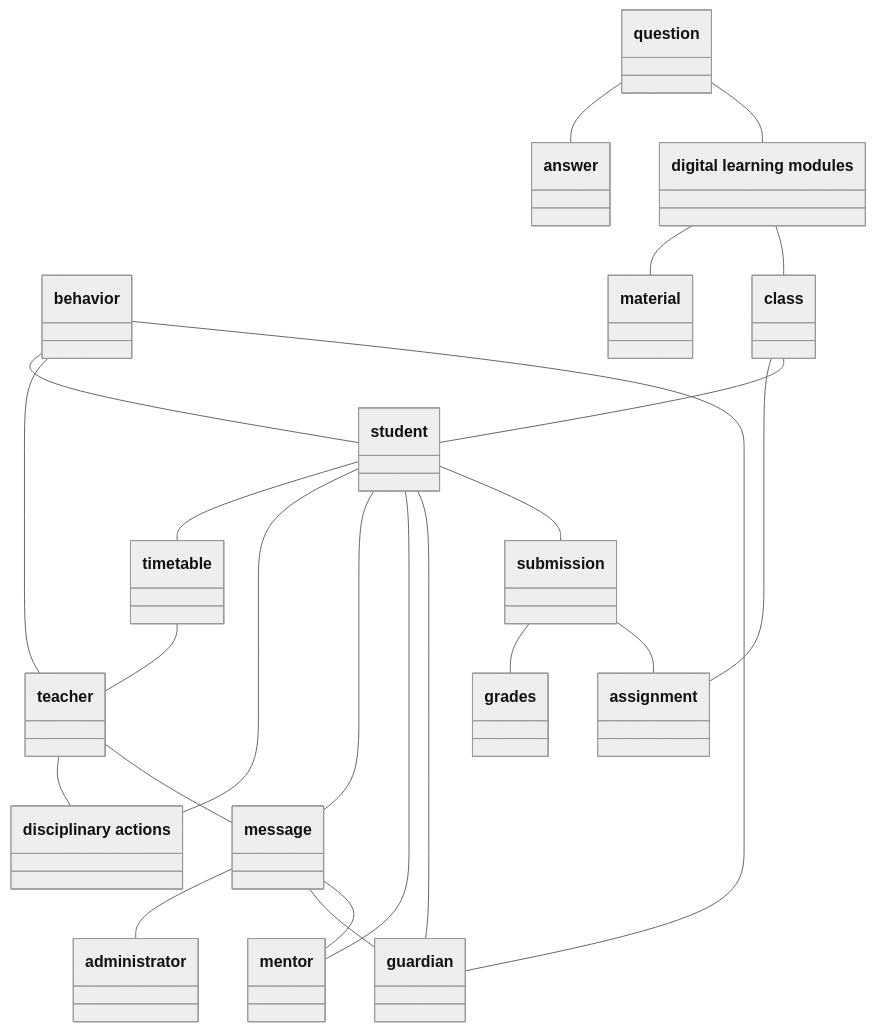
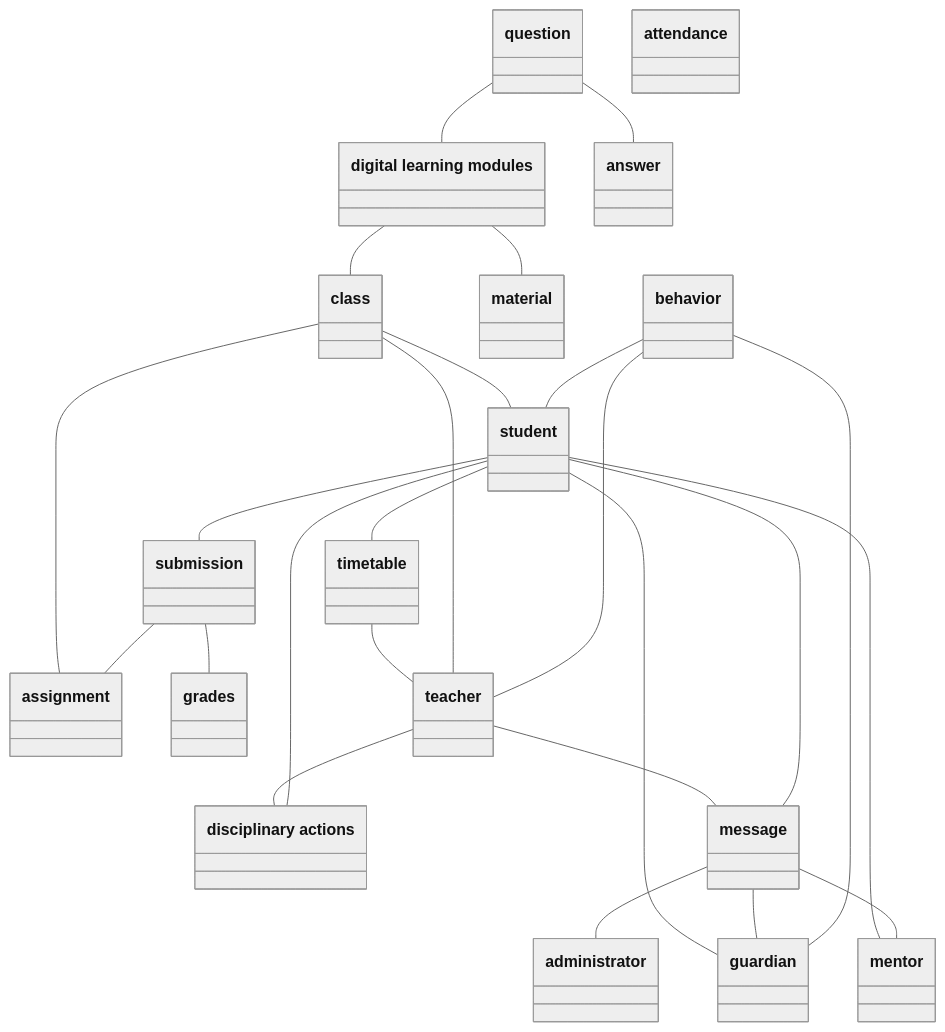
The diagram in 2_gold_standard_domain_models/school.mmd (DomDeWulf/user-story-domain-model-datasets), drawn with Mermaid (neutral theme) before and after one commit. The commit also changed 21 other files, not shown here.

Commit message:
Adapt domain models to revised gold and silver standard

```diff
--- a/2_gold_standard_domain_models/school.mmd
+++ b/2_gold_standard_domain_models/school.mmd
@@ -1,139 +1,151 @@
 classDiagram
     %% Project: School
-    %% Class labels match Gold standard - Classes.xlsx exactly, including capitalization.
-    %% Singular/plural forms are assumed equivalent; every changed endpoint is documented below.
-    %% Every association preserves one row of Gold standard - Associations.xlsx, in workbook order.
-    %% associationOnly nodes have no matching class in the Classes Excel; exclude them from class evaluation.
+    %% Source: Gold&Silver Standard.xlsx, sheets 'Class - Gold Standard' (column F) and 'Association - Gold Standard' (columns K:L).
+    %% Class labels match the revised class list exactly, including capitalization.
+    %% Class IDs and order follow the previous models; new classes are appended and removed classes leave ID gaps.
+    %% Workbook legend: red fill = removed, green fill = optional, blue text = added.
+    %% Removed classes and associations are omitted. Optional classes carry <<optional>>; optional associations use a dashed .. line.
+    %% Association endpoints are mapped to class labels; every changed endpoint is documented below.
     %% No direction, multiplicity, relationship labels, inheritance, attributes, or methods are inferred.
+    %% Non-punish group (Class Non-Punish List): material: text, video, picture
+    %% Non-punish group (Class Non-Punish List): question: open question, multiple-choice question
     class C001["submission"]
     class C002["assignment"]
     class C003["behavior"]
     class C004["disciplinary actions"]
     class C005["mentor"]
     class C006["administrator"]
     class C007["digital learning modules"]
     class C008["guardian"]
     class C009["message"]
     class C010["question"]
     class C011["answer"]
     class C012["material"]
     class C013["student"]
     class C014["grades"]
     class C015["teacher"]
     class C016["class"]
     class C017["timetable"]
+    %% Class 'Class - Gold Standard'!F19: added in the revised workbook (blue text).
+    class C018["attendance"]
 
-    %% Association (Classes Excel terms where available): question -- answer
-    %% Associations Excel (Sheet1!K3:L3): question -- answer.
-    %% Wording differences: none.
+    %% Association: question -- answer
+    %% Workbook ('Association - Gold Standard'!K3): question -- answer.
+    %% Mapping: none.
     C010 -- C011
 
-    %% Association (Classes Excel terms where available): question -- digital learning modules
-    %% Associations Excel (Sheet1!K4:L4): question -- digital learning modules.
-    %% Wording differences: none.
+    %% Association: question -- digital learning modules
+    %% Workbook ('Association - Gold Standard'!K4): question -- digital learning modules.
+    %% Mapping: none.
     C010 -- C007
 
-    %% Association (Classes Excel terms where available): digital learning modules -- material
-    %% Associations Excel (Sheet1!K5:L5): digital learning modules -- material.
-    %% Wording differences: none.
+    %% Association: digital learning modules -- material
+    %% Workbook ('Association - Gold Standard'!K5): digital learning modules -- material.
+    %% Mapping: none.
     C007 -- C012
 
-    %% Association (Classes Excel terms where available): digital learning modules -- class
-    %% Associations Excel (Sheet1!K6:L6): digital learning modules -- class.
-    %% Wording differences: none.
+    %% Association: digital learning modules -- class
+    %% Workbook ('Association - Gold Standard'!K6): digital learning modules -- class.
+    %% Mapping: none.
     C007 -- C016
 
-    %% Association (Classes Excel terms where available): class -- assignment
-    %% Associations Excel (Sheet1!K7:L7): class -- assignment.
-    %% Wording differences: none.
+    %% Association: class -- assignment
+    %% Workbook ('Association - Gold Standard'!K7): class -- assignment.
+    %% Mapping: none.
     C016 -- C002
 
-    %% Association (Classes Excel terms where available): class -- student
-    %% Associations Excel (Sheet1!K8:L8): class -- student.
-    %% Wording differences: none.
+    %% Association: class -- student
+    %% Workbook ('Association - Gold Standard'!K8): class -- student.
+    %% Mapping: none.
     C016 -- C013
 
-    %% Association (Classes Excel terms where available): student -- timetable
-    %% Associations Excel (Sheet1!K9:L9): student -- timetable.
-    %% Wording differences: none.
+    %% Association: student -- timetable
+    %% Workbook ('Association - Gold Standard'!K9): student -- timetable.
+    %% Mapping: none.
     C013 -- C017
 
-    %% Association (Classes Excel terms where available): timetable -- teacher
-    %% Associations Excel (Sheet1!K10:L10): timetable -- teacher.
-    %% Wording differences: none.
+    %% Association: timetable -- teacher
+    %% Workbook ('Association - Gold Standard'!K10): timetable -- teacher.
+    %% Mapping: none.
     C017 -- C015
 
-    %% Association (Classes Excel terms where available): teacher -- disciplinary actions
-    %% Associations Excel (Sheet1!K11:L11): teacher -- disciplinary actions.
-    %% Wording differences: none.
+    %% Association: teacher -- disciplinary actions
+    %% Workbook ('Association - Gold Standard'!K11): teacher -- disciplinary actions.
+    %% Mapping: none.
     C015 -- C004
 
-    %% Association (Classes Excel terms where available): teacher -- behavior
-    %% Associations Excel (Sheet1!K12:L12): teacher -- behavior.
-    %% Wording differences: none.
+    %% Association: teacher -- behavior
+    %% Workbook ('Association - Gold Standard'!K12): teacher -- behavior.
+    %% Mapping: none.
     C015 -- C003
 
-    %% Association (Classes Excel terms where available): teacher -- message
-    %% Associations Excel (Sheet1!K13:L13): teacher -- message.
-    %% Wording differences: none.
+    %% Association: teacher -- message
+    %% Workbook ('Association - Gold Standard'!K13): teacher -- message.
+    %% Mapping: none.
     C015 -- C009
 
-    %% Association (Classes Excel terms where available): behavior -- student
-    %% Associations Excel (Sheet1!K14:L14): behavior -- student.
-    %% Wording differences: none.
+    %% Association: behavior -- student
+    %% Workbook ('Association - Gold Standard'!K14): behavior -- student.
+    %% Mapping: none.
     C003 -- C013
 
-    %% Association (Classes Excel terms where available): student -- disciplinary actions
-    %% Associations Excel (Sheet1!K15:L15): student -- disciplinary actions.
-    %% Wording differences: none.
+    %% Association: student -- disciplinary actions
+    %% Workbook ('Association - Gold Standard'!K15): student -- disciplinary actions.
+    %% Mapping: none.
     C013 -- C004
 
-    %% Association (Classes Excel terms where available): student -- message
-    %% Associations Excel (Sheet1!K16:L16): student -- message.
-    %% Wording differences: none.
+    %% Association: student -- message
+    %% Workbook ('Association - Gold Standard'!K16): student -- message.
+    %% Mapping: none.
     C013 -- C009
 
-    %% Association (Classes Excel terms where available): student -- mentor
-    %% Associations Excel (Sheet1!K17:L17): student -- mentor.
-    %% Wording differences: none.
+    %% Association: student -- mentor
+    %% Workbook ('Association - Gold Standard'!K17): student -- mentor.
+    %% Mapping: none.
     C013 -- C005
 
-    %% Association (Classes Excel terms where available): student -- guardian
-    %% Associations Excel (Sheet1!K18:L18): student -- guardian.
-    %% Wording differences: none.
+    %% Association: student -- guardian
+    %% Workbook ('Association - Gold Standard'!K18): student -- guardian.
+    %% Mapping: none.
     C013 -- C008
 
-    %% Association (Classes Excel terms where available): guardian -- behavior
-    %% Associations Excel (Sheet1!K19:L19): guardian -- behavior.
-    %% Wording differences: none.
+    %% Association: guardian -- behavior
+    %% Workbook ('Association - Gold Standard'!K19): guardian -- behavior.
+    %% Mapping: none.
     C008 -- C003
 
-    %% Association (Classes Excel terms where available): student -- submission
-    %% Associations Excel (Sheet1!K20:L20): student -- submission.
-    %% Wording differences: none.
+    %% Association: student -- submission
+    %% Workbook ('Association - Gold Standard'!K20): student -- submission.
+    %% Mapping: none.
     C013 -- C001
 
-    %% Association (Classes Excel terms where available): submission -- grades
-    %% Associations Excel (Sheet1!K21:L21): submission -- grades.
-    %% Wording differences: none.
+    %% Association: submission -- grades
+    %% Workbook ('Association - Gold Standard'!K21): submission -- grades.
+    %% Mapping: none.
     C001 -- C014
 
-    %% Association (Classes Excel terms where available): submission -- assignment
-    %% Associations Excel (Sheet1!K22:L22): submission -- assignment.
-    %% Wording differences: none.
+    %% Association: submission -- assignment
+    %% Workbook ('Association - Gold Standard'!K22): submission -- assignment.
+    %% Mapping: none.
     C001 -- C002
 
-    %% Association (Classes Excel terms where available): message -- administrator
-    %% Associations Excel (Sheet1!K23:L23): message -- administrator.
-    %% Wording differences: none.
+    %% Association: message -- administrator
+    %% Workbook ('Association - Gold Standard'!K23): message -- administrator.
+    %% Mapping: none.
     C009 -- C006
 
-    %% Association (Classes Excel terms where available): message -- guardian
-    %% Associations Excel (Sheet1!K24:L24): message -- guardian.
-    %% Wording differences: none.
+    %% Association: message -- guardian
+    %% Workbook ('Association - Gold Standard'!K24): message -- guardian.
+    %% Mapping: none.
     C009 -- C008
 
-    %% Association (Classes Excel terms where available): message -- mentor
-    %% Associations Excel (Sheet1!K25:L25): message -- mentor.
-    %% Wording differences: none.
+    %% Association: message -- mentor
+    %% Workbook ('Association - Gold Standard'!K25): message -- mentor.
+    %% Mapping: none.
     C009 -- C005
+
+    %% Association: class -- teacher
+    %% Workbook ('Association - Gold Standard'!K26): class -- teacher.
+    %% Mapping: none.
+    %% Status: added in the revised workbook (blue text).
+    C016 -- C015
```
